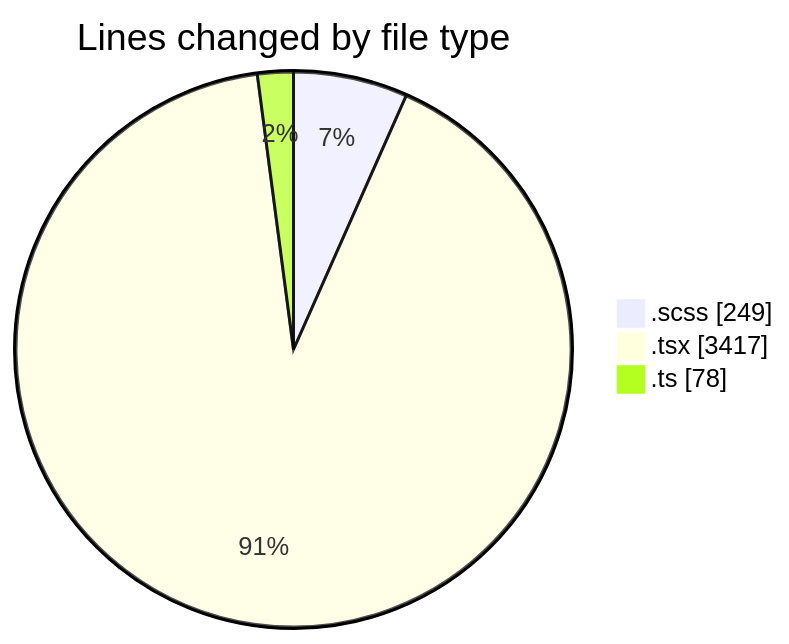
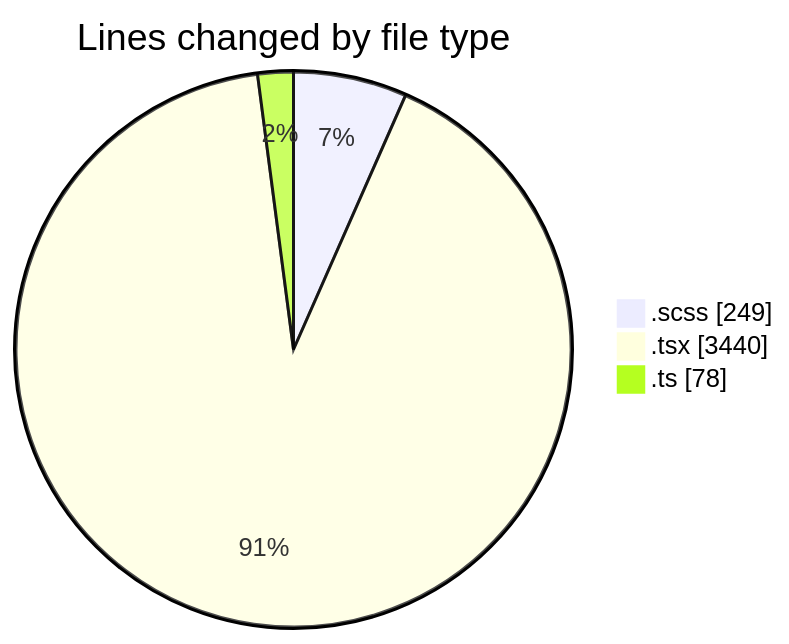
One commit to momahboobian/code-tracking changed the first of 2 diagrams in 2025-09-26/cda/README.md. Above: the diagram before and after it, drawn with Mermaid. The commit also changed other lines of this file and 1 other file, not shown here.

````diff
--- a/2025-09-26/cda/README.md
+++ b/2025-09-26/cda/README.md
@@ -24,7 +24,7 @@
 ```mermaid
 pie showData
 title Lines changed by file type
 ".scss" : 249
-".tsx" : 3417
+".tsx" : 3440
 ".ts" : 78
 ```
````
